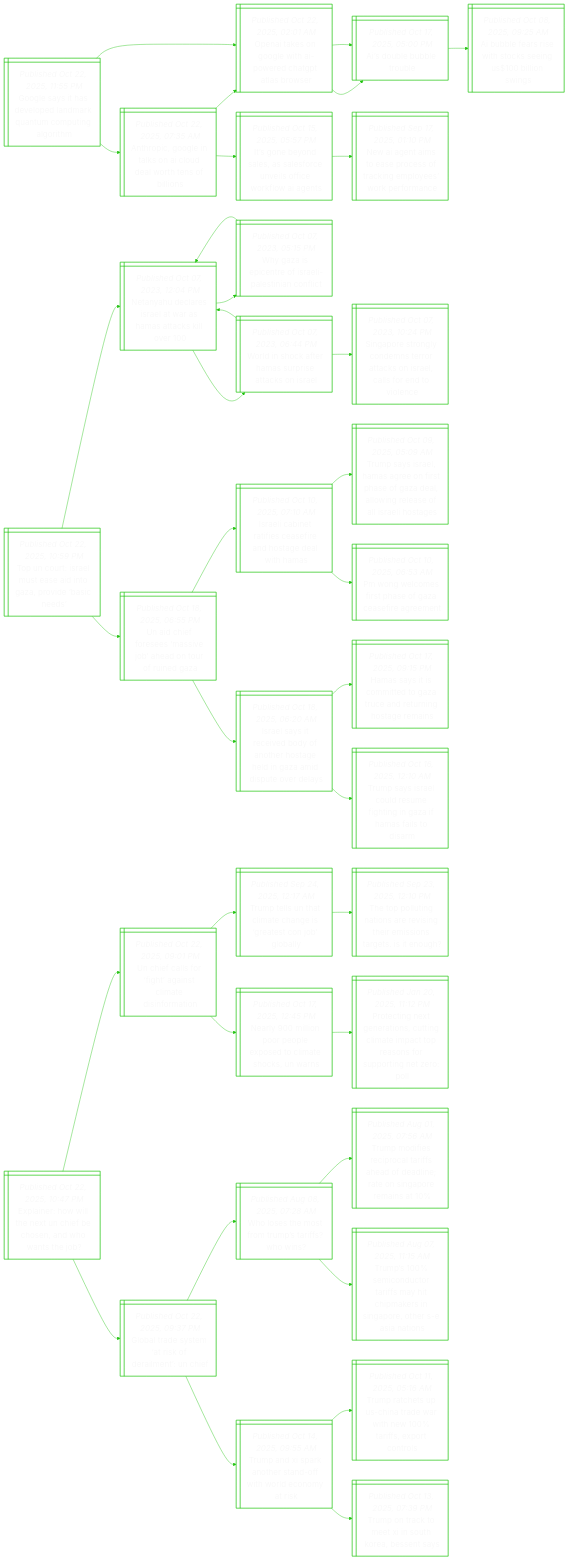
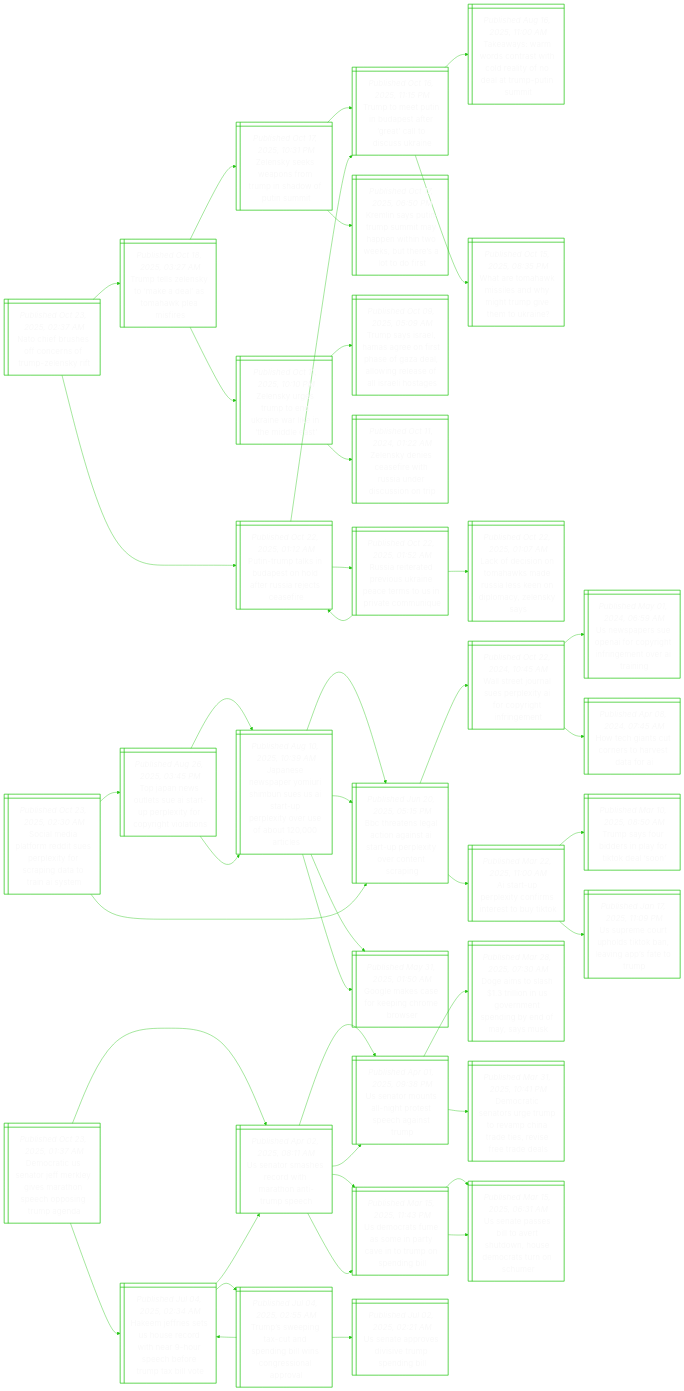
One commit to notJmes/notJmes changed the diagram in README.md. Above: the diagram before and after it, drawn with Mermaid. The commit also changed other lines of this file, not shown here.

````diff
--- a/README.md
+++ b/README.md
@@ -16,115 +16,142 @@
 flowchart LR
 classDef txtsize font-size:20px;
 
-Geidoarnoigh@{ shape: win-pane, label: "_Published Oct 22, 2025, 11:55 PM_
-Google says it has developed landmark quantum computing algorithm" }
-AooikIdwtfi@{ shape: win-pane, label: "_Published Oct 22, 2025, 07:35 AM_
-Anthropic, google in talks on ai cloud deal worth tens of billions" }
-OIsoipettrr@{ shape: win-pane, label: "_Published Oct 22, 2025, 02:01 AM_
-Openai takes on google with ai-powered chatgpt atlas browser" }
-Auutl@{ shape: win-pane, label: "_Published Oct 17, 2025, 05:00 PM_
-Ai’s double bubble trouble" }
-InolSfulirwe@{ shape: win-pane, label: "_Published Oct 15, 2025, 05:57 PM_
-It’s gone beyond sales, as salesforce unveils office workflow ai agents" }
-Naaopsrnlspre@{ shape: win-pane, label: "_Published Sep 17, 2025, 01:10 PM_
-New ai agent aims to ease process of tracking employees’ work performance" }
-OIsoipettrr@{ shape: win-pane, label: "_Published Oct 22, 2025, 02:01 AM_
-Openai takes on google with ai-powered chatgpt atlas browser" }
-Auutl@{ shape: win-pane, label: "_Published Oct 17, 2025, 05:00 PM_
-Ai’s double bubble trouble" }
-Abashkibon@{ shape: win-pane, label: "_Published Oct 08, 2025, 09:25 AM_
-Ai bubble fears rise with stocks seeing us$100 billion swings" }
-
-Geidoarnoigh:::txtsize --> AooikIdwtfi:::txtsize
-AooikIdwtfi:::txtsize --> OIsoipettrr:::txtsize
-OIsoipettrr:::txtsize --> Auutl:::txtsize
-AooikIdwtfi:::txtsize --> InolSfulirwe:::txtsize
-InolSfulirwe:::txtsize --> Naaopsrnlspre:::txtsize
-Geidoarnoigh:::txtsize --> OIsoipettrr:::txtsize
-OIsoipettrr:::txtsize --> Auutl:::txtsize
-Auutl:::txtsize --> Abashkibon:::txtsize
-
-TcIleiopdid@{ shape: win-pane, label: "_Published Oct 22, 2025, 10:59 PM_
-Top un court: israel must ease aid into gaza, provide ‘basic needs’" }
-NyeeawHakl@{ shape: win-pane, label: "_Published Oct 07, 2023, 12:04 PM_
-Netanyahu declares israel at war as hamas attacks kill over 100" }
-WzptIleint@{ shape: win-pane, label: "_Published Oct 07, 2023, 05:15 PM_
-Why gaza is epicentre of israeli-palestinian conflict" }
-NyeeawHakl@{ shape: win-pane, label: "_Published Oct 07, 2023, 12:04 PM_
-Netanyahu declares israel at war as hamas attacks kill over 100" }
-Wiceapaks@{ shape: win-pane, label: "_Published Oct 07, 2023, 06:44 PM_
-World in shock after hamas surprise attacks on israel" }
-NyeeawHakl@{ shape: win-pane, label: "_Published Oct 07, 2023, 12:04 PM_
-Netanyahu declares israel at war as hamas attacks kill over 100" }
-SptldtrcIlsnic@{ shape: win-pane, label: "_Published Oct 07, 2023, 10:24 PM_
-Singapore strongly condemns terror attacks on israel, calls for end to violence" }
-Ucfesjetfea@{ shape: win-pane, label: "_Published Oct 18, 2025, 06:55 PM_
-Un aid chief foresees ‘massive job’ ahead on tour of ruined gaza" }
-Iliaeseoewa@{ shape: win-pane, label: "_Published Oct 10, 2025, 07:10 AM_
-Israeli cabinet ratifies ceasefire and hostage deal with hamas" }
+Nhrsonrekt@{ shape: win-pane, label: "_Published Oct 23, 2025, 02:37 AM_
+Nato chief brushes off concerns of trump-zelensky rift" }
+TtZsmdshlss@{ shape: win-pane, label: "_Published Oct 18, 2025, 03:27 AM_
+Trump tells zelensky to ‘make a deal’ as tomahawk plea misfires" }
+Zseafrnouu@{ shape: win-pane, label: "_Published Oct 17, 2025, 10:31 PM_
+Zelensky seeks weapons from trump in shadow of putin summit" }
+Tttndtrttcke@{ shape: win-pane, label: "_Published Oct 16, 2025, 11:15 PM_
+Trump to meet putin in budapest after ‘great’ call to discuss ukraine" }
+Kisnpihniwbelds@{ shape: win-pane, label: "_Published Oct 17, 2025, 06:50 PM_
+Kremlin says putin-trump summit may happen within two weeks, but there’s a lot to do first" }
+Zsguerwkhds@{ shape: win-pane, label: "_Published Oct 11, 2025, 10:10 PM_
+Zelensky urges trump to end ukraine war like in ‘the middle east’" }
 TssHaossaaorslaoe@{ shape: win-pane, label: "_Published Oct 09, 2025, 05:09 AM_
 Trump says israel, hamas agree on first phase of gaza deal, allowing release of all israeli hostages" }
-Pgoihfcfge@{ shape: win-pane, label: "_Published Oct 10, 2025, 06:53 AM_
-Pm wong welcomes first phase of gaza ceasefire agreement" }
-Iliebfhshnaieds@{ shape: win-pane, label: "_Published Oct 18, 2025, 06:20 AM_
-Israel says it received body of another hostage held in gaza amid dispute over delays" }
-Hstmeaudrhga@{ shape: win-pane, label: "_Published Oct 17, 2025, 09:15 PM_
-Hamas says it is committed to gaza truce and returning hostage remains" }
-Tsscretniali@{ shape: win-pane, label: "_Published Oct 16, 2025, 12:10 AM_
-Trump says israel could resume fighting in gaza if hamas fails to disarm" }
+Zsneitsdsit@{ shape: win-pane, label: "_Published Oct 11, 2024, 01:22 AM_
+Zelensky denies ceasefire with russia under discussion on trip" }
+PTtiaodrieei@{ shape: win-pane, label: "_Published Oct 22, 2025, 01:12 AM_
+Putin-trump talks in budapest on hold after russia rejects ceasefire" }
+Tttndtrttcke@{ shape: win-pane, label: "_Published Oct 16, 2025, 11:15 PM_
+Trump to meet putin in budapest after ‘great’ call to discuss ukraine" }
+Twarntceydtpni@{ shape: win-pane, label: "_Published Aug 16, 2025, 11:00 AM_
+Takeaways: warm words contrast with cold reality of no deal at trump-putin summit" }
+Wramldirieke@{ shape: win-pane, label: "_Published Oct 15, 2025, 08:35 PM_
+What are tomahawk missiles and why might trump give them to ukraine?" }
+Raedikeesivoi@{ shape: win-pane, label: "_Published Oct 22, 2025, 01:52 AM_
+Russia reiterated previous ukraine peace terms to us in private communique" }
+PTtiaodrieei@{ shape: win-pane, label: "_Published Oct 22, 2025, 01:12 AM_
+Putin-trump talks in budapest on hold after russia rejects ceasefire" }
+Lfsnhmuledmeks@{ shape: win-pane, label: "_Published Oct 22, 2025, 01:07 AM_
+Lack of decision on tomahawks made russia less keen on diplomacy, zelensky says" }
 
-TcIleiopdid:::txtsize --> NyeeawHakl:::txtsize
-NyeeawHakl:::txtsize --> WzptIleint:::txtsize
-WzptIleint:::txtsize --> NyeeawHakl:::txtsize
-NyeeawHakl:::txtsize --> Wiceapaks:::txtsize
-Wiceapaks:::txtsize --> NyeeawHakl:::txtsize
-Wiceapaks:::txtsize --> SptldtrcIlsnic:::txtsize
-TcIleiopdid:::txtsize --> Ucfesjetfea:::txtsize
-Ucfesjetfea:::txtsize --> Iliaeseoewa:::txtsize
-Iliaeseoewa:::txtsize --> TssHaossaaorslaoe:::txtsize
-Iliaeseoewa:::txtsize --> Pgoihfcfge:::txtsize
-Ucfesjetfea:::txtsize --> Iliebfhshnaieds:::txtsize
-Iliebfhshnaieds:::txtsize --> Hstmeaudrhga:::txtsize
-Iliebfhshnaieds:::txtsize --> Tsscretniali:::txtsize
+Nhrsonrekt:::txtsize --> TtZsmdshlss:::txtsize
+TtZsmdshlss:::txtsize --> Zseafrnouu:::txtsize
+Zseafrnouu:::txtsize --> Tttndtrttcke:::txtsize
+Zseafrnouu:::txtsize --> Kisnpihniwbelds:::txtsize
+TtZsmdshlss:::txtsize --> Zsguerwkhds:::txtsize
+Zsguerwkhds:::txtsize --> TssHaossaaorslaoe:::txtsize
+Zsguerwkhds:::txtsize --> Zsneitsdsit:::txtsize
+Nhrsonrekt:::txtsize --> PTtiaodrieei:::txtsize
+PTtiaodrieei:::txtsize --> Tttndtrttcke:::txtsize
+Tttndtrttcke:::txtsize --> Twarntceydtpni:::txtsize
+Tttndtrttcke:::txtsize --> Wramldirieke:::txtsize
+PTtiaodrieei:::txtsize --> Raedikeesivoi:::txtsize
+Raedikeesivoi:::txtsize --> PTtiaodrieei:::txtsize
+Raedikeesivoi:::txtsize --> Lfsnhmuledmeks:::txtsize
 
-Eiolecbsdah@{ shape: win-pane, label: "_Published Oct 22, 2025, 10:47 PM_
-Explainer: how will the next un chief be chosen, and who wants the job?" }
-Uelfasmioi@{ shape: win-pane, label: "_Published Oct 22, 2025, 09:01 PM_
-Un chief calls for ‘fight’ against climate disinformation" }
-TtUtaastogl@{ shape: win-pane, label: "_Published Sep 24, 2025, 12:17 AM_
-Trump tells un that climate change is ‘greatest con job’ globally" }
-Tpunnrieingso@{ shape: win-pane, label: "_Published Sep 23, 2025, 12:10 PM_
-The top polluting nations are revising their emissions targets. is it enough?" }
-NyiopptmhUn@{ shape: win-pane, label: "_Published Oct 17, 2025, 12:45 PM_
-Nearly 900 million poor people exposed to climate shocks, un warns" }
-PcnetcnmmtafpitP@{ shape: win-pane, label: "_Published Jan 20, 2025, 11:12 PM_
-Protecting next generations, cutting climate impact top reasons for supporting net zero: poll" }
-GleeidlUe@{ shape: win-pane, label: "_Published Oct 22, 2025, 09:37 PM_
-Global trade system ‘at risk of derailment’: un chief" }
-Wsefrtfw@{ shape: win-pane, label: "_Published Aug 08, 2025, 07:28 AM_
-Who loses the most from trump’s tariffs? who wins?" }
-Tmiccraodrnarn@{ shape: win-pane, label: "_Published Aug 01, 2025, 07:56 AM_
-Trump modifies reciprocal tariffs ahead of deadline; rate on singapore remains at 10%" }
-TsccasipriohAas@{ shape: win-pane, label: "_Published Aug 07, 2025, 11:15 AM_
-Trump’s 100% semiconductor tariffs may hit chipmakers in singapore, other s-e asia nations" }
-Tasaenwocys@{ shape: win-pane, label: "_Published Oct 14, 2025, 09:55 AM_
-Trump and xi spark another stand-off with world economy at risk" }
-TreUndweixco@{ shape: win-pane, label: "_Published Oct 11, 2025, 05:16 AM_
-Trump ratchets up us-china trade war with new 100% tariffs, export controls" }
-Toceitesa@{ shape: win-pane, label: "_Published Oct 13, 2025, 07:39 PM_
-Trump on track to meet xi in south korea, bessent says" }
+Slafesexoadons@{ shape: win-pane, label: "_Published Oct 23, 2025, 02:30 AM_
+Social media platform reddit sues perplexity for scraping data to train ai system" }
+Tpwlutplyogoo@{ shape: win-pane, label: "_Published Aug 26, 2025, 03:45 PM_
+Top japan news outlets sue ai start-up perplexity for copyright violations" }
+JeweihnUtplyuaal@{ shape: win-pane, label: "_Published Aug 10, 2025, 10:39 AM_
+Japanese newspaper yomiuri shimbun sues us ai start-up perplexity over use of about 120,000 articles" }
+BrnaiaArexvnsi@{ shape: win-pane, label: "_Published Jun 20, 2025, 05:15 PM_
+Bbc threatens legal action against ai start-up perplexity over content scraping" }
+GesfeCes@{ shape: win-pane, label: "_Published May 31, 2025, 01:50 AM_
+Google makes case for keeping chrome browser" }
+JeweihnUtplyuaal@{ shape: win-pane, label: "_Published Aug 10, 2025, 10:39 AM_
+Japanese newspaper yomiuri shimbun sues us ai start-up perplexity over use of about 120,000 articles" }
+BrnaiaArexvnsi@{ shape: win-pane, label: "_Published Jun 20, 2025, 05:15 PM_
+Bbc threatens legal action against ai start-up perplexity over content scraping" }
+GesfeCes@{ shape: win-pane, label: "_Published May 31, 2025, 01:50 AM_
+Google makes case for keeping chrome browser" }
+BrnaiaArexvnsi@{ shape: win-pane, label: "_Published Jun 20, 2025, 05:15 PM_
+Bbc threatens legal action against ai start-up perplexity over content scraping" }
+WtJaslyrrinn@{ shape: win-pane, label: "_Published Oct 22, 2024, 10:45 AM_
+Wall street journal sues perplexity ai for copyright infringement" }
+UsrOIogfeoIn@{ shape: win-pane, label: "_Published May 01, 2024, 06:59 AM_
+Us newspapers sue openai for copyright infringement over ai training" }
+HcntehsaI@{ shape: win-pane, label: "_Published Apr 08, 2024, 07:45 AM_
+How tech giants cut corners to harvest data for ai" }
+ArexometTk@{ shape: win-pane, label: "_Published Mar 22, 2025, 11:00 AM_
+Ai start-up perplexity confirms interest to buy tiktok" }
+Tsodiyido@{ shape: win-pane, label: "_Published Mar 10, 2025, 08:50 AM_
+Trump says four bidders in play for tiktok deal ‘soon’" }
+Uropsolnstm@{ shape: win-pane, label: "_Published Jan 17, 2025, 11:09 PM_
+Us supreme court upholds tiktok ban, leaving app’s fate to trump" }
 
-Eiolecbsdah:::txtsize --> Uelfasmioi:::txtsize
-Uelfasmioi:::txtsize --> TtUtaastogl:::txtsize
-TtUtaastogl:::txtsize --> Tpunnrieingso:::txtsize
-Uelfasmioi:::txtsize --> NyiopptmhUn:::txtsize
-NyiopptmhUn:::txtsize --> PcnetcnmmtafpitP:::txtsize
-Eiolecbsdah:::txtsize --> GleeidlUe:::txtsize
-GleeidlUe:::txtsize --> Wsefrtfw:::txtsize
-Wsefrtfw:::txtsize --> Tmiccraodrnarn:::txtsize
-Wsefrtfw:::txtsize --> TsccasipriohAas:::txtsize
-GleeidlUe:::txtsize --> Tasaenwocys:::txtsize
-Tasaenwocys:::txtsize --> TreUndweixco:::txtsize
-Tasaenwocys:::txtsize --> Toceitesa:::txtsize
+Slafesexoadons:::txtsize --> Tpwlutplyogoo:::txtsize
+Tpwlutplyogoo:::txtsize --> JeweihnUtplyuaal:::txtsize
+JeweihnUtplyuaal:::txtsize --> BrnaiaArexvnsi:::txtsize
+JeweihnUtplyuaal:::txtsize --> GesfeCes:::txtsize
+Tpwlutplyogoo:::txtsize --> JeweihnUtplyuaal:::txtsize
+JeweihnUtplyuaal:::txtsize --> BrnaiaArexvnsi:::txtsize
+JeweihnUtplyuaal:::txtsize --> GesfeCes:::txtsize
+Slafesexoadons:::txtsize --> BrnaiaArexvnsi:::txtsize
+BrnaiaArexvnsi:::txtsize --> WtJaslyrrinn:::txtsize
+WtJaslyrrinn:::txtsize --> UsrOIogfeoIn:::txtsize
+WtJaslyrrinn:::txtsize --> HcntehsaI:::txtsize
+BrnaiaArexvnsi:::txtsize --> ArexometTk:::txtsize
+ArexometTk:::txtsize --> Tsodiyido:::txtsize
+ArexometTk:::txtsize --> Uropsolnstm:::txtsize
+
+DrUaergmhepnmn@{ shape: win-pane, label: "_Published Oct 23, 2025, 01:37 AM_
+Democratic us senator jeff merkley gives marathon speech opposing trump agenda" }
+Uamsrhtnue@{ shape: win-pane, label: "_Published Apr 02, 2025, 08:11 AM_
+Us senator smashes record with marathon anti-trump speech" }
+Uaoagoshnu@{ shape: win-pane, label: "_Published Apr 01, 2025, 09:38 PM_
+Us senator mounts all-night protest speech against trump" }
+DistiUennbosu@{ shape: win-pane, label: "_Published Mar 28, 2025, 07:30 AM_
+Doge aims to slash $1.3 trillion in us government spending by end of may, says musk" }
+DrsogmeCttefre@{ shape: win-pane, label: "_Published Mar 31, 2025, 10:41 PM_
+Democratic senators urge trump to revamp china trade ties, revise free trade deals" }
+Uosaervopeg@{ shape: win-pane, label: "_Published Mar 15, 2025, 11:43 PM_
+Us democrats fume as some in party cave in to trump on spending bill" }
+Uasiasoumtnh@{ shape: win-pane, label: "_Published Mar 15, 2025, 06:31 AM_
+Us senate passes bill to avert shutdown, house democrats turn on schumer" }
+Uasiasoumtnh@{ shape: win-pane, label: "_Published Mar 15, 2025, 06:31 AM_
+Us senate passes bill to avert shutdown, house democrats turn on schumer" }
+HmreHrdnoeeTtle@{ shape: win-pane, label: "_Published Jul 04, 2025, 02:34 AM_
+Hakeem jeffries sets us house record with near 9-hour speech before trump tax bill vote" }
+Uamsrhtnue@{ shape: win-pane, label: "_Published Apr 02, 2025, 08:11 AM_
+Us senator smashes record with marathon anti-trump speech" }
+Uaoagoshnu@{ shape: win-pane, label: "_Published Apr 01, 2025, 09:38 PM_
+Us senator mounts all-night protest speech against trump" }
+Uosaervopeg@{ shape: win-pane, label: "_Published Mar 15, 2025, 11:43 PM_
+Us democrats fume as some in party cave in to trump on spending bill" }
+Tspaaegwosar@{ shape: win-pane, label: "_Published Jul 04, 2025, 02:55 AM_
+Trump’s sweeping tax-cut and spending bill wins congressional approval" }
+Uapssrpnl@{ shape: win-pane, label: "_Published Jul 02, 2025, 02:21 AM_
+Us senate approves divisive trump spending bill" }
+HmreHrdnoeeTtle@{ shape: win-pane, label: "_Published Jul 04, 2025, 02:34 AM_
+Hakeem jeffries sets us house record with near 9-hour speech before trump tax bill vote" }
+
+DrUaergmhepnmn:::txtsize --> Uamsrhtnue:::txtsize
+Uamsrhtnue:::txtsize --> Uaoagoshnu:::txtsize
+Uaoagoshnu:::txtsize --> DistiUennbosu:::txtsize
+Uaoagoshnu:::txtsize --> DrsogmeCttefre:::txtsize
+Uamsrhtnue:::txtsize --> Uosaervopeg:::txtsize
+Uosaervopeg:::txtsize --> Uasiasoumtnh:::txtsize
+Uosaervopeg:::txtsize --> Uasiasoumtnh:::txtsize
+DrUaergmhepnmn:::txtsize --> HmreHrdnoeeTtle:::txtsize
+HmreHrdnoeeTtle:::txtsize --> Uamsrhtnue:::txtsize
+Uamsrhtnue:::txtsize --> Uaoagoshnu:::txtsize
+Uamsrhtnue:::txtsize --> Uosaervopeg:::txtsize
+HmreHrdnoeeTtle:::txtsize --> Tspaaegwosar:::txtsize
+Tspaaegwosar:::txtsize --> Uapssrpnl:::txtsize
+Tspaaegwosar:::txtsize --> HmreHrdnoeeTtle:::txtsize
 
 ```
````
